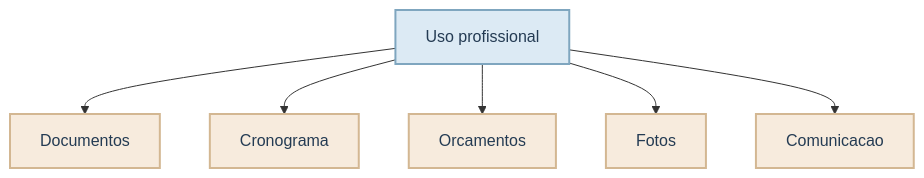
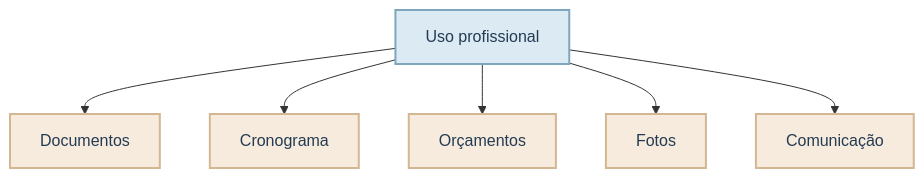
One commit to mikaelakihitto/self-study-data-science changed the sixth of 51 diagrams in temas/introducao_pratica_ia_e_genia/estudo/aula1.qmd. Above: the diagram before and after it, drawn with Mermaid. The commit also changed other lines of this file, not shown here.

````diff
--- a/temas/introducao_pratica_ia_e_genia/estudo/aula1.qmd
+++ b/temas/introducao_pratica_ia_e_genia/estudo/aula1.qmd
@@ -164,17 +155,17 @@
 ```{mermaid}
 %%| fig-align: center
 %%| out-width: 72%
 graph TD
     A[Uso profissional]
     A --> N1[Documentos]
     A --> N2[Cronograma]
-    A --> N3[Orcamentos]
+    A --> N3[Orçamentos]
     A --> N4[Fotos]
-    A --> N5[Comunicacao]
+    A --> N5[Comunicação]
     %% Definicao das cores
     classDef styleAzul fill:#DCEAF4,stroke:#7FA6BF,stroke-width:2px,color:#243B53;
     classDef styleVerde fill:#E7F2E8,stroke:#90B29A,stroke-width:2px,color:#243B53;
     classDef styleAreia fill:#F7EBDD,stroke:#D3B792,stroke-width:2px,color:#243B53;
     class A styleAzul;
     class N1,N2,N3,N4,N5 styleAreia;
 ```
````
